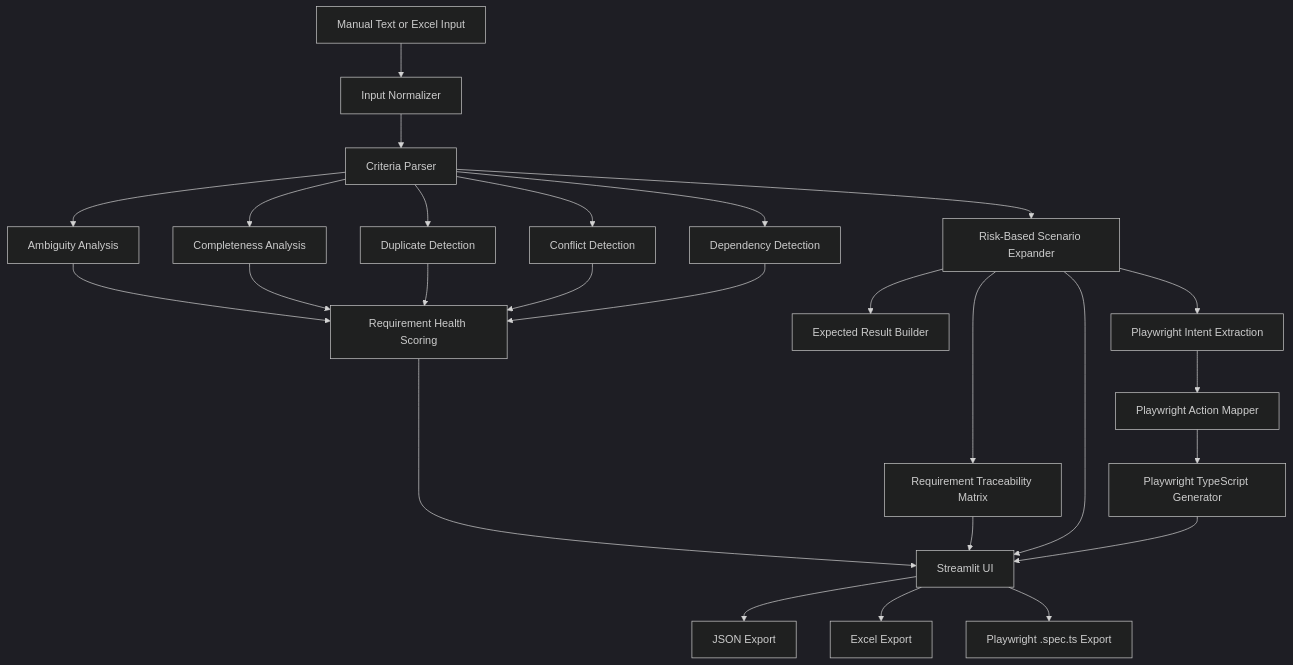
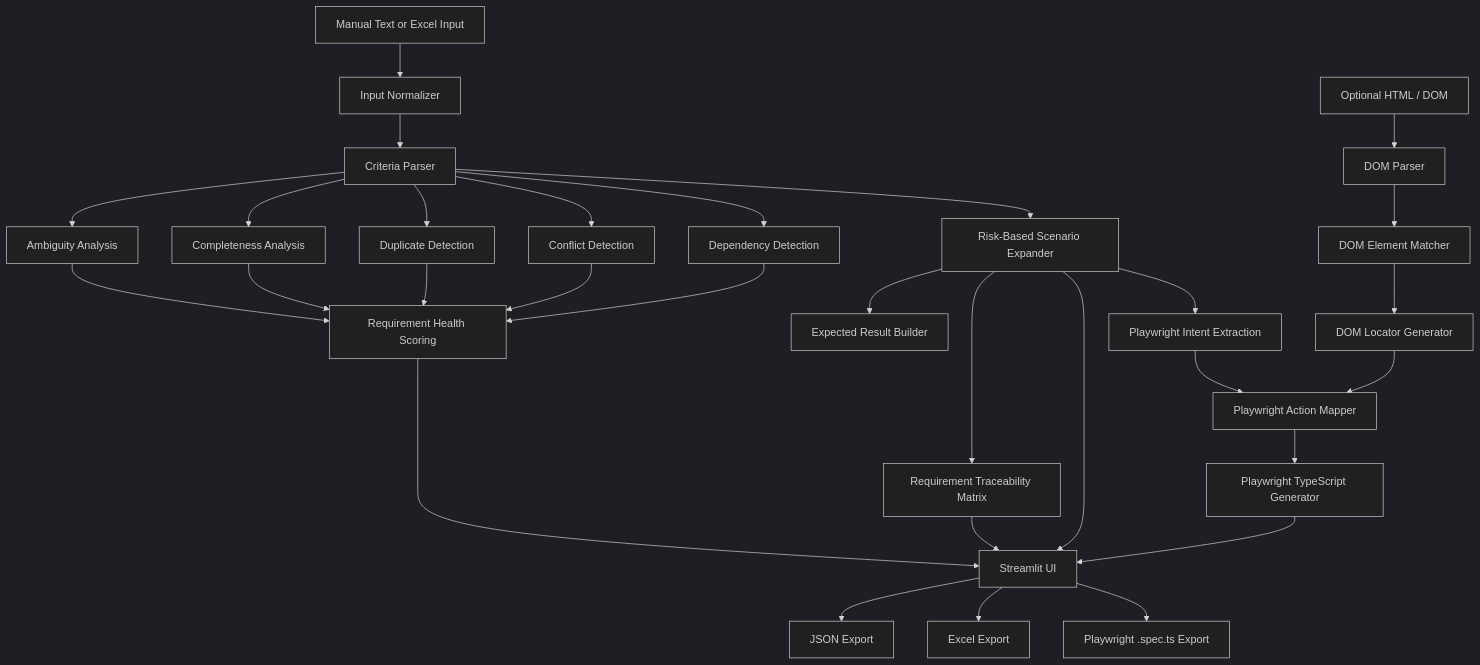
One commit to gaya3bollineni/Spec2Test-Intelligence changed the diagram in README.md. Above: the diagram before and after it, drawn with Mermaid (dark theme). The commit also changed other lines of this file and 3 other files, not shown here.

````diff
--- a/README.md
+++ b/README.md
@@ -248,36 +388,40 @@
 ```mermaid
 flowchart TD
     A[Manual Text or Excel Input] --> B[Input Normalizer]
-
     B --> C[Criteria Parser]
 
     C --> D[Ambiguity Analysis]
     C --> E[Completeness Analysis]
     C --> F[Duplicate Detection]
     C --> G[Conflict Detection]
     C --> H[Dependency Detection]
 
     D --> I[Requirement Health Scoring]
     E --> I
     F --> I
     G --> I
     H --> I
 
     C --> J[Risk-Based Scenario Expander]
-
     J --> K[Expected Result Builder]
     J --> L[Requirement Traceability Matrix]
+
     J --> P[Playwright Intent Extraction]
+    P --> Q[Playwright Action Mapper]
 
-    P --> Q[Playwright Action Mapper]
+    T[Optional HTML / DOM] --> U[DOM Parser]
+    U --> V[DOM Element Matcher]
+    V --> W[DOM Locator Generator]
+    W --> Q
+
     Q --> R[Playwright TypeScript Generator]
 
     I --> M[Streamlit UI]
     L --> M
     J --> M
     R --> M
 
     M --> N[JSON Export]
     M --> O[Excel Export]
     M --> S[Playwright .spec.ts Export]
 ```
````
